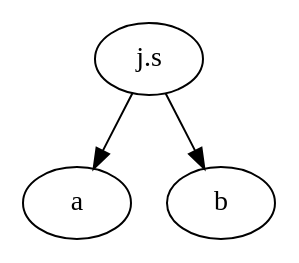
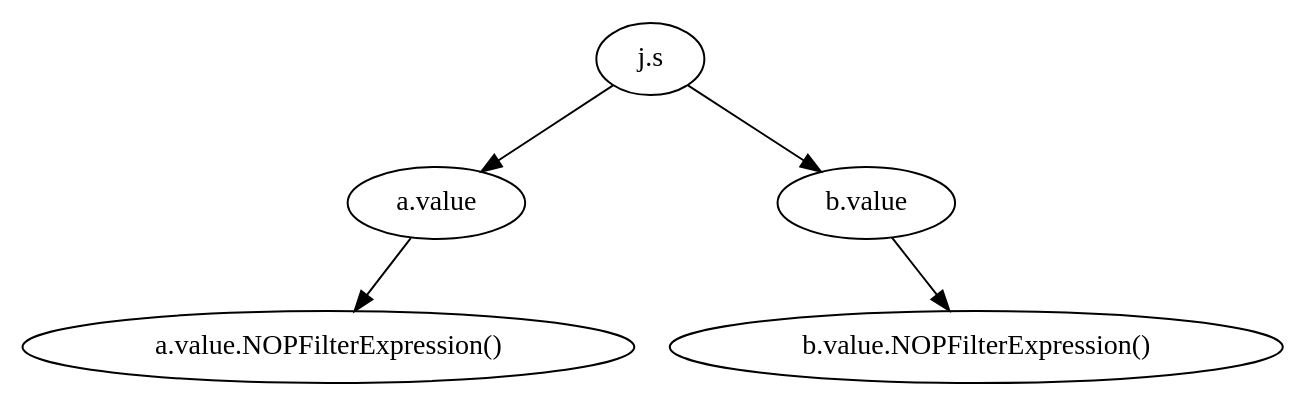
Before and after one commit to rmravindran/boostdb: the diagram in query/executor/mygraph.gv, drawn with Graphviz. The commit also changed 11 other files, not shown here.

```diff
--- a/query/executor/mygraph.gv
+++ b/query/executor/mygraph.gv
@@ -1,14 +1,22 @@
 strict digraph {
 
 
+	"a.value" [  weight=0 ];
+
+	"a.value" -> "a.value.NOPFilterExpression()" [  weight=0 ];
+
+	"b.value" [  weight=0 ];
+
+	"b.value" -> "b.value.NOPFilterExpression()" [  weight=0 ];
+
+	"a.value.NOPFilterExpression()" [  weight=0 ];
+
+	"b.value.NOPFilterExpression()" [  weight=0 ];
+
 	"j.s" [  weight=0 ];
 
-	"j.s" -> "a" [  weight=0 ];
+	"j.s" -> "a.value" [  weight=0 ];
 
-	"j.s" -> "b" [  weight=0 ];
-
-	"a" [  weight=0 ];
-
-	"b" [  weight=0 ];
+	"j.s" -> "b.value" [  weight=0 ];
 
 }
```
